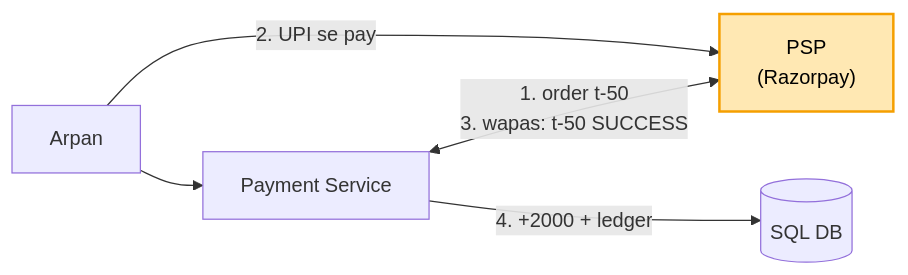
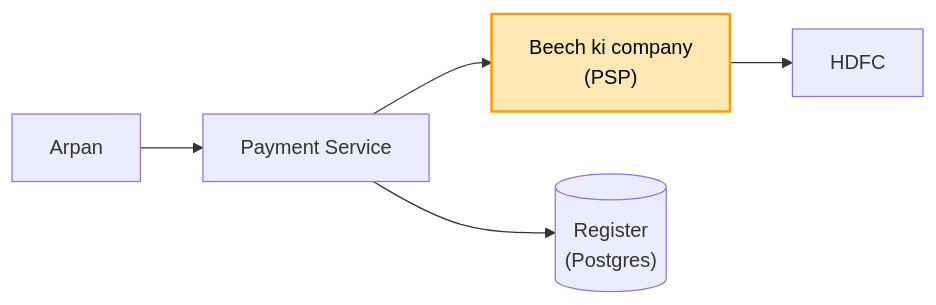
The first of 4 diagrams in 04_HLD/SYSTEM_DESIGNS/06_payment_system/06_payment_system.md (ArpanMaheshwari144/Prep), drawn with Mermaid before and after one commit. The commit also changed other lines of this file and 13 other files, not shown here.

````diff
--- a/04_HLD/SYSTEM_DESIGNS/06_payment_system/06_payment_system.md
+++ b/04_HLD/SYSTEM_DESIGNS/06_payment_system/06_payment_system.md
@@ -102,8 +33,8 @@
 ```mermaid
 flowchart LR
-    U["Arpan"] --> S["Payment Service"]
-    S <-->|"1. order t-50<br/>3. wapas: t-50 SUCCESS"| P["PSP<br/>(Razorpay)"]
-    U -- "2. UPI se pay" --> P
-    S -- "4. +2000 + ledger" --> D[("SQL DB")]
+    A["Arpan"] --> S["Payment Service"]
+    S --> P["Beech ki company<br/>(PSP)"]
+    P --> H["HDFC"]
+    S --> D[("Register<br/>(Postgres)")]
     style P fill:#ffe8b3,stroke:#f59f00,stroke-width:2px,color:#000
 ```
````
